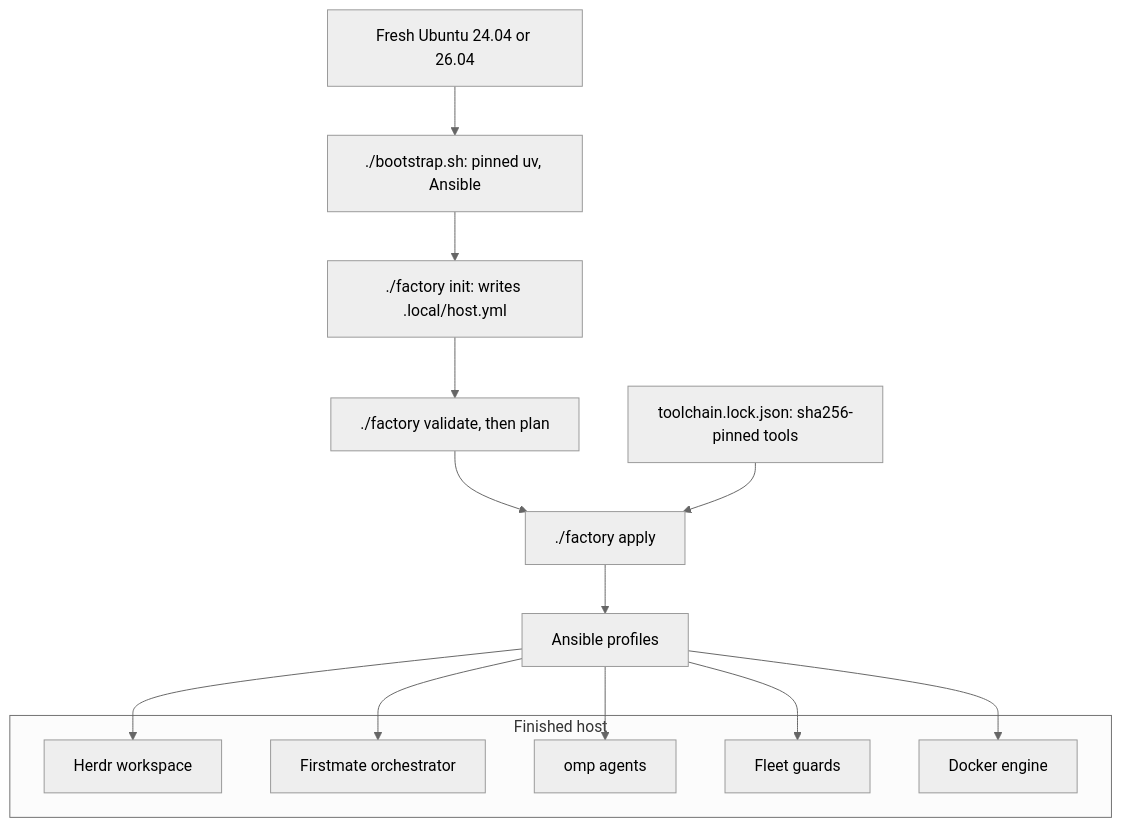
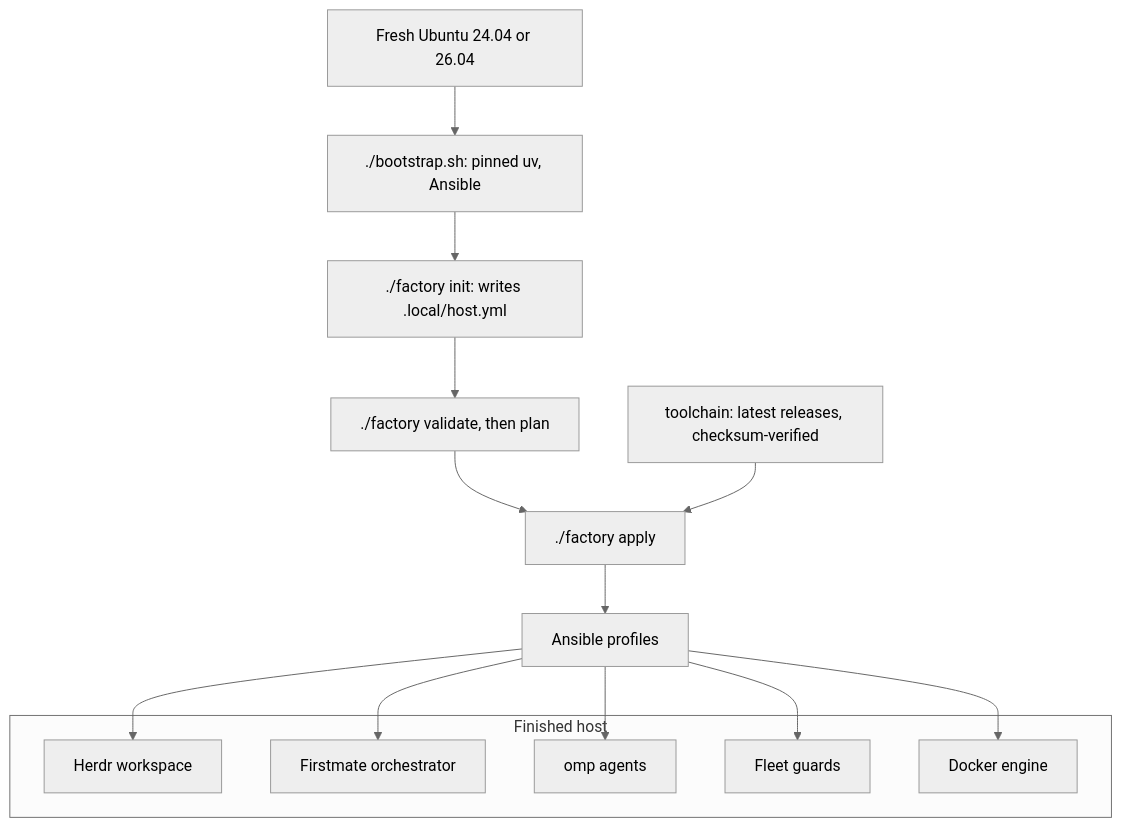
One commit to i098/Code-Factory changed the diagram in README.md. Above: the diagram before and after it, drawn with Mermaid (neutral theme). The commit also changed other lines of this file and 23 other files, not shown here.

First line of the commit message:
feat: track latest node, bun, gh, no-mistakes, treehouse and AXI tools; drop codex and pnpm

````diff
--- a/README.md
+++ b/README.md
@@ -5,21 +5,21 @@
 ```mermaid
 flowchart TD
     box["Fresh Ubuntu 24.04 or 26.04"] --> boot["./bootstrap.sh: pinned uv, Ansible"]
     boot --> init["./factory init: writes .local/host.yml"]
     init --> check["./factory validate, then plan"]
     check --> apply["./factory apply"]
-    lock["toolchain.lock.json: sha256-pinned tools"] --> apply
+    lock["toolchain: latest releases, checksum-verified"] --> apply
     apply --> profiles["Ansible profiles"]
     subgraph host["Finished host"]
         herdr["Herdr workspace"]
         fm["Firstmate orchestrator"]
         agents["omp agents"]
         guards["Fleet guards"]
         docker["Docker engine"]
     end
     profiles --> herdr
     profiles --> fm
     profiles --> agents
     profiles --> guards
     profiles --> docker
 ```
````
